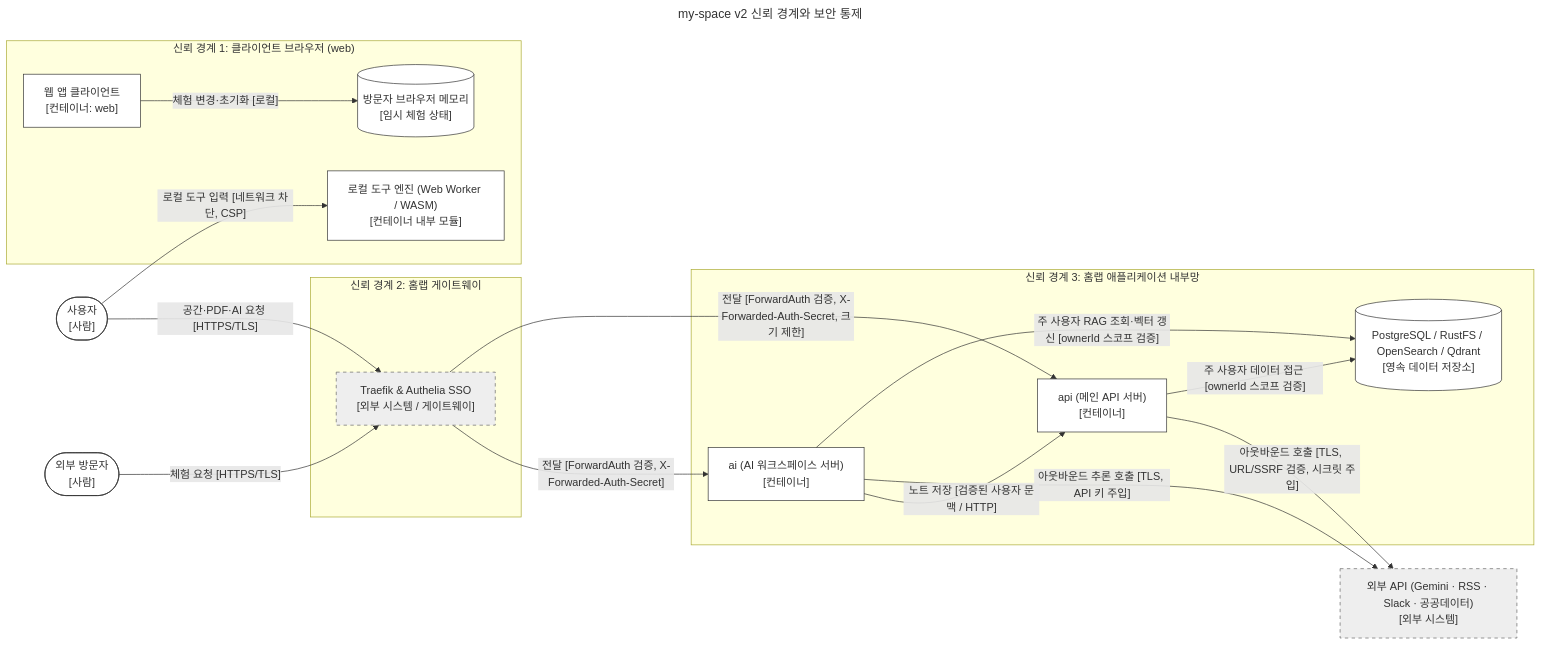
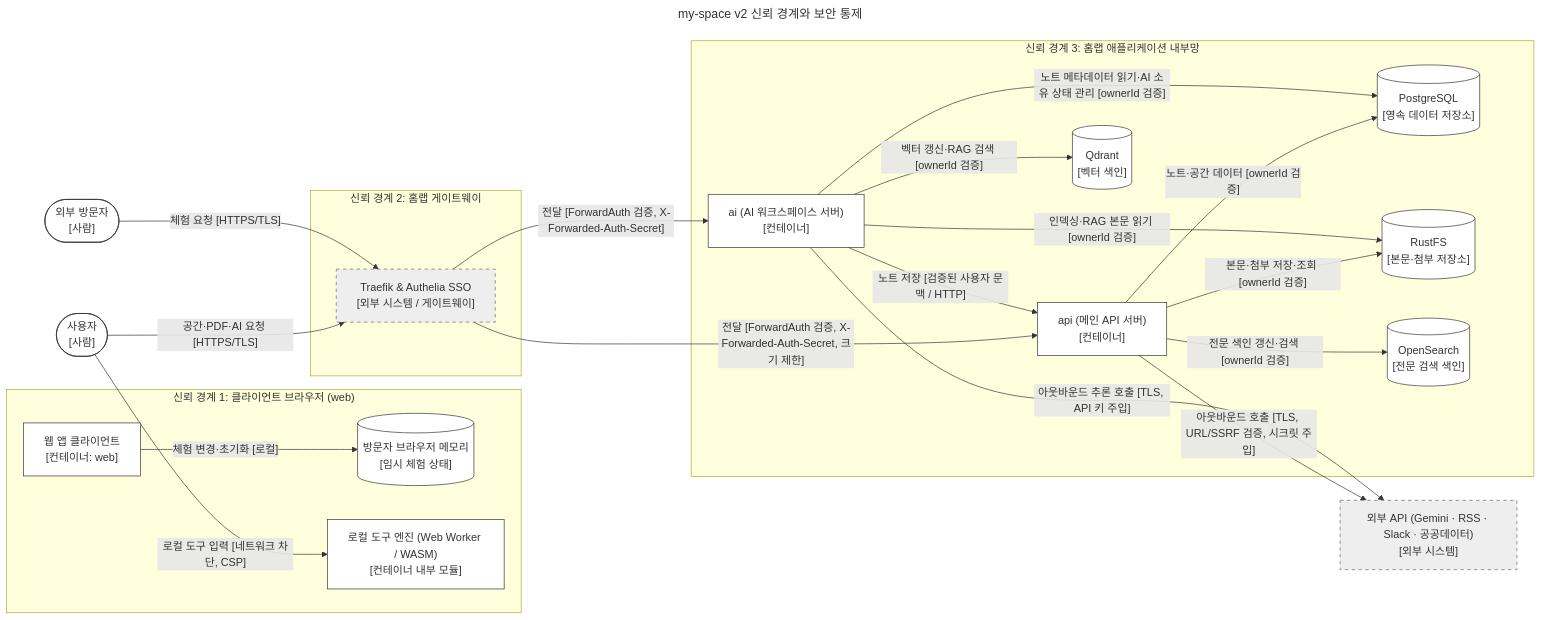
Before and after one commit to lkh-space/my-space-docs: the diagram in architecture/arc-007-security-architecture.md, drawn with Mermaid. The commit also changed other lines of this file and 5 other files, not shown here.

Commit message:
docs: approve architecture updates

````diff
--- a/architecture/arc-007-security-architecture.md
+++ b/architecture/arc-007-security-architecture.md
@@ -41,45 +41,52 @@
 ```mermaid
 ---
 title: "my-space v2 신뢰 경계와 보안 통제"
 ---
 flowchart LR
   owner(["사용자<br/>[사람]"])
   visitor(["외부 방문자<br/>[사람]"])
 
   subgraph tb1["신뢰 경계 1: 클라이언트 브라우저 (web)"]
     sandbox[("방문자 브라우저 메모리<br/>[임시 체험 상태]")]
     web_local["로컬 도구 엔진 (Web Worker / WASM)<br/>[컨테이너 내부 모듈]"]
     web_client["웹 앱 클라이언트<br/>[컨테이너: web]"]
   end
 
   subgraph tb2["신뢰 경계 2: 홈랩 게이트웨이"]
     edge["Traefik & Authelia SSO<br/>[외부 시스템 / 게이트웨이]"]
   end
 
   subgraph tb3["신뢰 경계 3: 홈랩 애플리케이션 내부망"]
     api["api (메인 API 서버)<br/>[컨테이너]"]
     ai["ai (AI 워크스페이스 서버)<br/>[컨테이너]"]
-    db[("PostgreSQL / RustFS / OpenSearch / Qdrant<br/>[영속 데이터 저장소]")]
+    db[("PostgreSQL<br/>[영속 데이터 저장소]")]
+    rustfs[("RustFS<br/>[본문·첨부 저장소]")]
+    opensearch[("OpenSearch<br/>[전문 검색 색인]")]
+    qdrant[("Qdrant<br/>[벡터 색인]")]
   end
 
   ext["외부 API (Gemini · RSS · Slack · 공공데이터)<br/>[외부 시스템]"]
 
   owner -->|"로컬 도구 입력 [네트워크 차단, CSP]"| web_local
   owner -->|"공간·PDF·AI 요청 [HTTPS/TLS]"| edge
   visitor -->|"체험 요청 [HTTPS/TLS]"| edge
   edge -->|"전달 [ForwardAuth 검증, X-Forwarded-Auth-Secret, 크기 제한]"| api
   edge -->|"전달 [ForwardAuth 검증, X-Forwarded-Auth-Secret]"| ai
-  api -->|"주 사용자 데이터 접근 [ownerId 스코프 검증]"| db
+  api -->|"노트·공간 데이터 [ownerId 검증]"| db
+  api -->|"본문·첨부 저장·조회 [ownerId 검증]"| rustfs
+  api -->|"전문 색인 갱신·검색 [ownerId 검증]"| opensearch
   web_client -->|"체험 변경·초기화 [로컬]"| sandbox
-  ai -->|"주 사용자 RAG 조회·벡터 갱신 [ownerId 스코프 검증]"| db
+  ai -->|"노트 메타데이터 읽기·AI 소유 상태 관리 [ownerId 검증]"| db
+  ai -->|"인덱싱·RAG 본문 읽기 [ownerId 검증]"| rustfs
+  ai -->|"벡터 갱신·RAG 검색 [ownerId 검증]"| qdrant
   api -->|"아웃바운드 호출 [TLS, URL/SSRF 검증, 시크릿 주입]"| ext
   ai -->|"아웃바운드 추론 호출 [TLS, API 키 주입]"| ext
 
   ai -->|"노트 저장 [검증된 사용자 문맥 / HTTP]"| api
   classDef person fill:#ffffff,stroke:#333333
   classDef container fill:#ffffff,stroke:#333333
   classDef external fill:#eeeeee,stroke:#666666,stroke-dasharray:5 5
   class owner,visitor person
-  class web_local,web_client,api,ai,sandbox,db container
+  class web_local,web_client,api,ai,sandbox,db,rustfs,opensearch,qdrant container
   class edge,ext external
 ```
````
